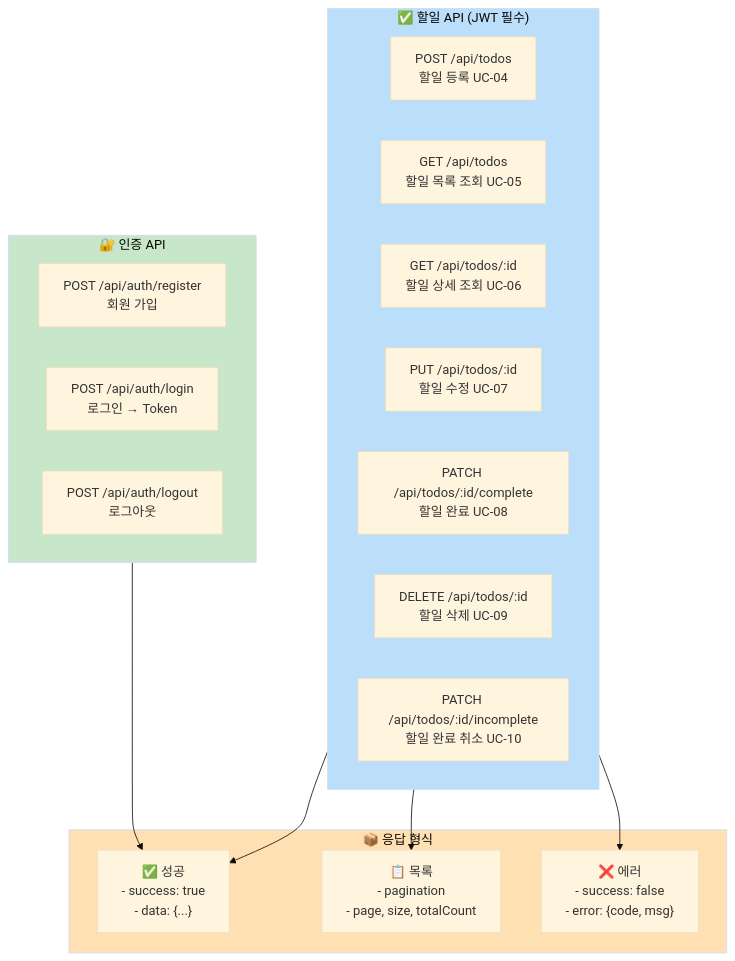
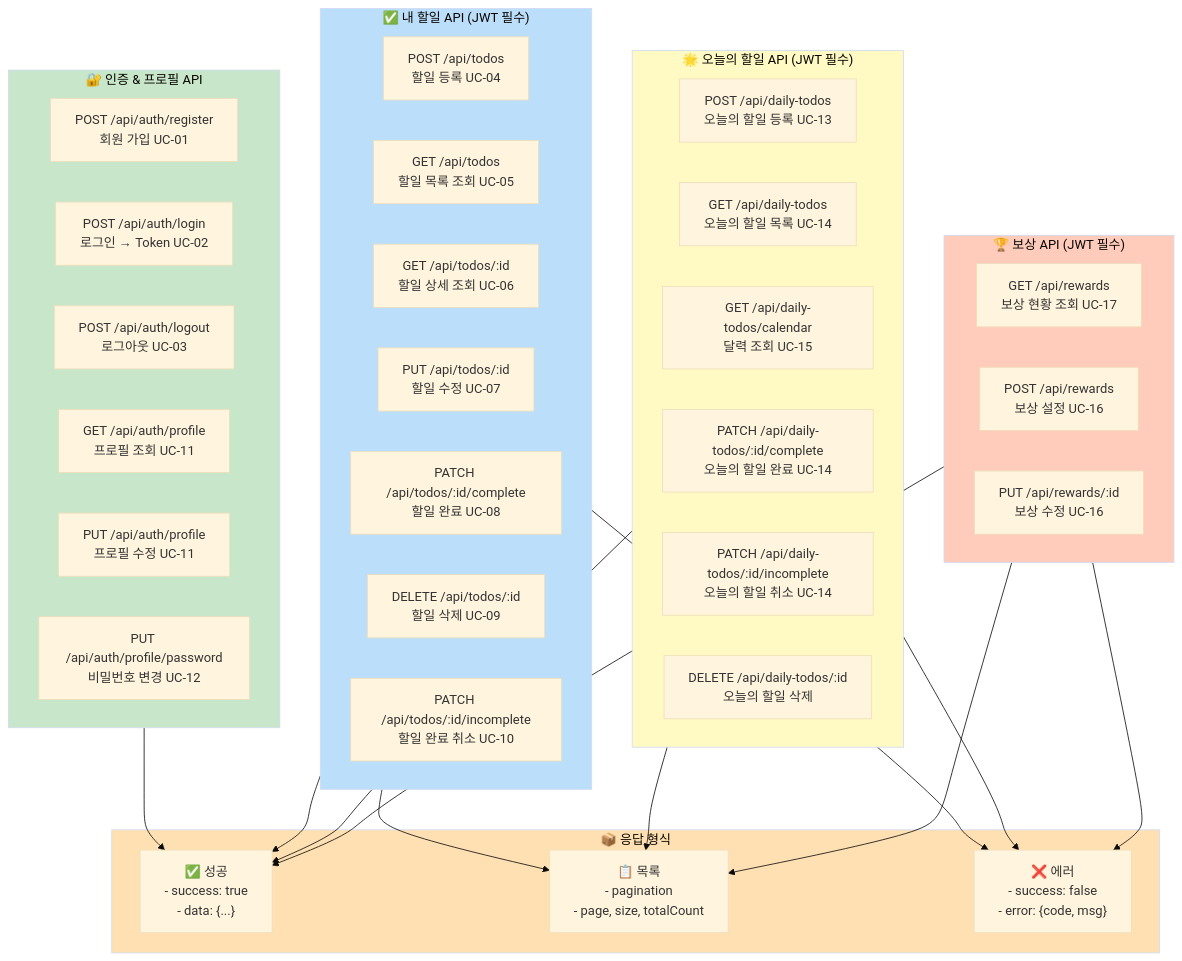
One commit to ywra/todolist-app changed the fifth of 8 diagrams in docs/5-arch-diagram.md. Above: the diagram before and after it, drawn with Mermaid (base theme). The commit also changed other lines of this file and 11 other files, not shown here.

````diff
--- a/docs/5-arch-diagram.md
+++ b/docs/5-arch-diagram.md
@@ -200,33 +201,59 @@
 ```mermaid
 graph TB
-    subgraph Auth["🔐 인증 API"]
-        POST_REG["POST /api/auth/register<br/>회원 가입"]
-        POST_LOGIN["POST /api/auth/login<br/>로그인 → Token"]
-        POST_LOGOUT["POST /api/auth/logout<br/>로그아웃"]
+    subgraph Auth["🔐 인증 & 프로필 API"]
+        POST_REG["POST /api/auth/register<br/>회원 가입 UC-01"]
+        POST_LOGIN["POST /api/auth/login<br/>로그인 → Token UC-02"]
+        POST_LOGOUT["POST /api/auth/logout<br/>로그아웃 UC-03"]
+        GET_PROF["GET /api/auth/profile<br/>프로필 조회 UC-11"]
+        PUT_PROF["PUT /api/auth/profile<br/>프로필 수정 UC-11"]
+        PUT_PWD["PUT /api/auth/profile/password<br/>비밀번호 변경 UC-12"]
     end
     
-    subgraph Todo["✅ 할일 API (JWT 필수)"]
+    subgraph Todo["✅ 내 할일 API (JWT 필수)"]
         POST_TODO["POST /api/todos<br/>할일 등록 UC-04"]
         GET_TODOS["GET /api/todos<br/>할일 목록 조회 UC-05"]
         GET_TODO["GET /api/todos/:id<br/>할일 상세 조회 UC-06"]
         PUT_TODO["PUT /api/todos/:id<br/>할일 수정 UC-07"]
         PATCH_COMP["PATCH /api/todos/:id/complete<br/>할일 완료 UC-08"]
         DELETE_TODO["DELETE /api/todos/:id<br/>할일 삭제 UC-09"]
         PATCH_INCOMP["PATCH /api/todos/:id/incomplete<br/>할일 완료 취소 UC-10"]
+    end
+    
+    subgraph Daily["🌟 오늘의 할일 API (JWT 필수)"]
+        POST_DAILY["POST /api/daily-todos<br/>오늘의 할일 등록 UC-13"]
+        GET_DAILY["GET /api/daily-todos<br/>오늘의 할일 목록 UC-14"]
+        GET_CAL["GET /api/daily-todos/calendar<br/>달력 조회 UC-15"]
+        PATCH_DAILY_COMP["PATCH /api/daily-todos/:id/complete<br/>오늘의 할일 완료 UC-14"]
+        PATCH_DAILY_INCOMP["PATCH /api/daily-todos/:id/incomplete<br/>오늘의 할일 취소 UC-14"]
+        DELETE_DAILY["DELETE /api/daily-todos/:id<br/>오늘의 할일 삭제"]
+    end
+    
+    subgraph Reward["🏆 보상 API (JWT 필수)"]
+        GET_REWARD["GET /api/rewards<br/>보상 현황 조회 UC-17"]
+        POST_REWARD["POST /api/rewards<br/>보상 설정 UC-16"]
+        PUT_REWARD["PUT /api/rewards/:id<br/>보상 수정 UC-16"]
     end
     
     subgraph Response["📦 응답 형식"]
         SUCCESS["✅ 성공<br/>- success: true<br/>- data: {...}"]
         LIST["📋 목록<br/>- pagination<br/>- page, size, totalCount"]
         ERROR["❌ 에러<br/>- success: false<br/>- error: {code, msg}"]
     end
     
     Auth --> SUCCESS
     Todo --> LIST
     Todo --> SUCCESS
     Todo --> ERROR
+    Daily --> LIST
+    Daily --> SUCCESS
+    Daily --> ERROR
+    Reward --> SUCCESS
+    Reward --> LIST
+    Reward --> ERROR
     
     style Auth fill:#c8e6c9
     style Todo fill:#bbdefb
+    style Daily fill:#fff9c4
+    style Reward fill:#ffccbc
     style Response fill:#ffe0b2
 ```
````
